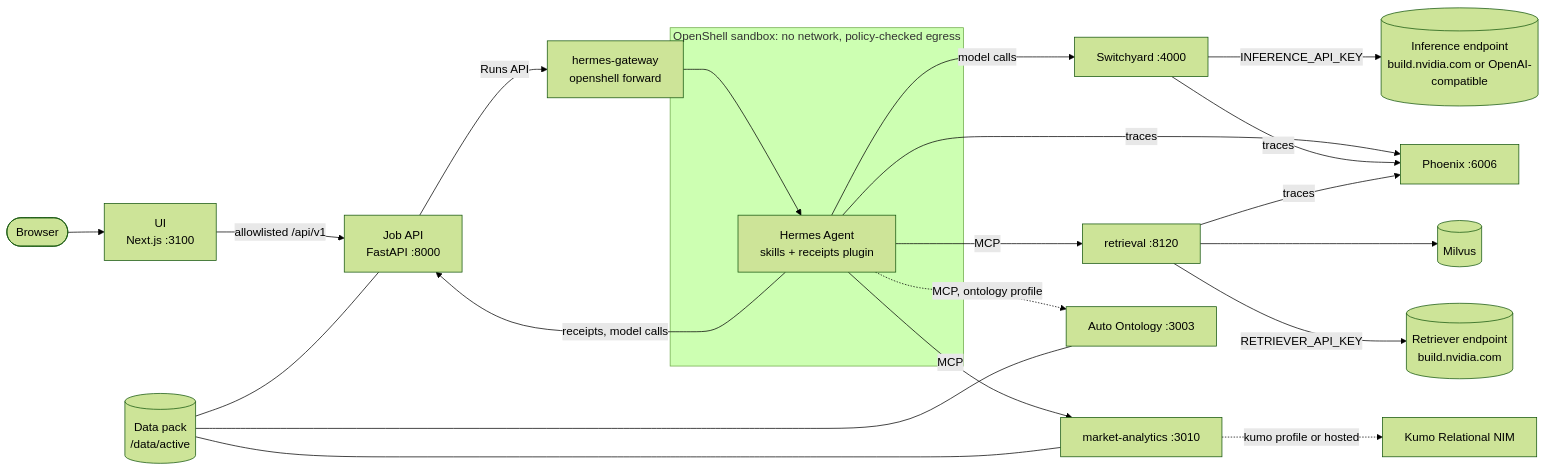
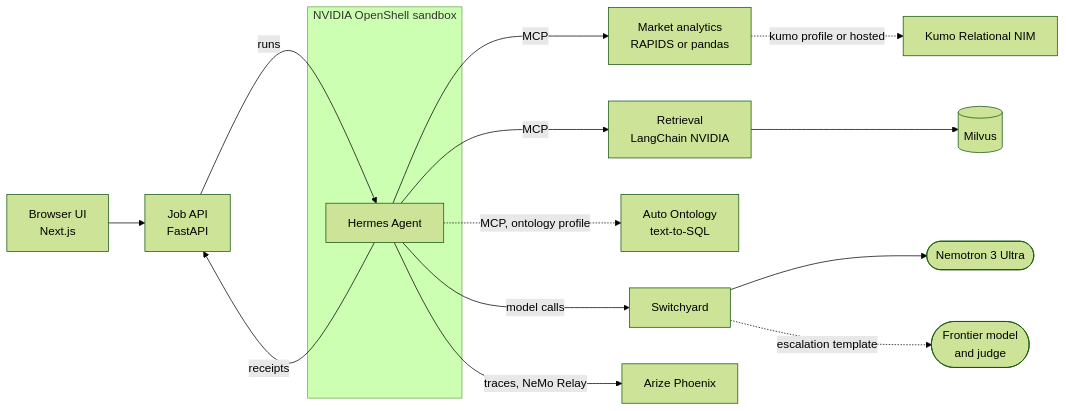
The diagram in README.md (pastorsj/market-analysis-claw-demo), drawn with Mermaid (forest theme) before and after one commit. The commit also changed other lines of this file and 11 other files, not shown here.

````diff
--- a/README.md
+++ b/README.md
@@ -27,25 +57,18 @@
 ```mermaid
 flowchart LR
-    browser(["Browser"]) --> ui["UI<br/>Next.js :3100"]
-    ui -->|"allowlisted /api/v1"| api["Job API<br/>FastAPI :8000"]
-    api -->|"Runs API"| fwd["hermes-gateway<br/>openshell forward"]
-    subgraph sandbox ["OpenShell sandbox: no network, policy-checked egress"]
-        hermes["Hermes Agent<br/>skills + receipts plugin"]
+    ui["Browser UI<br/>Next.js"] --> api["Job API<br/>FastAPI"]
+    subgraph sandbox ["NVIDIA OpenShell sandbox"]
+        hermes["Hermes Agent"]
     end
-    fwd --> hermes
-    hermes -->|"model calls"| switchyard["Switchyard :4000"]
-    switchyard -->|"INFERENCE_API_KEY"| inference[("Inference endpoint<br/>build.nvidia.com or OpenAI-compatible")]
-    hermes -->|"MCP"| retrieval["retrieval :8120"]
-    hermes -->|"MCP"| analytics["market-analytics :3010"]
-    hermes -.->|"MCP, ontology profile"| ontology["Auto Ontology :3003"]
+    api -->|"runs"| hermes
+    hermes -->|"receipts"| api
+    hermes -->|"MCP"| analytics["Market analytics<br/>RAPIDS or pandas"]
+    hermes -->|"MCP"| retrieval["Retrieval<br/>LangChain NVIDIA"]
+    hermes -.->|"MCP, ontology profile"| ontology["Auto Ontology<br/>text-to-SQL"]
+    analytics -.->|"kumo profile or hosted"| kumo["Kumo Relational NIM"]
     retrieval --> milvus[("Milvus")]
-    retrieval -->|"RETRIEVER_API_KEY"| retriever[("Retriever endpoint<br/>build.nvidia.com")]
-    analytics -.->|"kumo profile or hosted"| kumo["Kumo Relational NIM"]
-    hermes -->|"receipts, model calls"| api
-    hermes -->|"traces"| phoenix["Phoenix :6006"]
-    switchyard -->|"traces"| phoenix
-    retrieval -->|"traces"| phoenix
-    pack[("Data pack<br/>/data/active")] --- api
-    pack --- analytics
-    pack --- ontology
+    hermes -->|"model calls"| switchyard["Switchyard"]
+    switchyard --> nemotron(["Nemotron 3 Ultra"])
+    switchyard -.->|"escalation template"| frontier(["Frontier model<br/>and judge"])
+    hermes -->|"traces, NeMo Relay"| phoenix["Arize Phoenix"]
 ```
````
